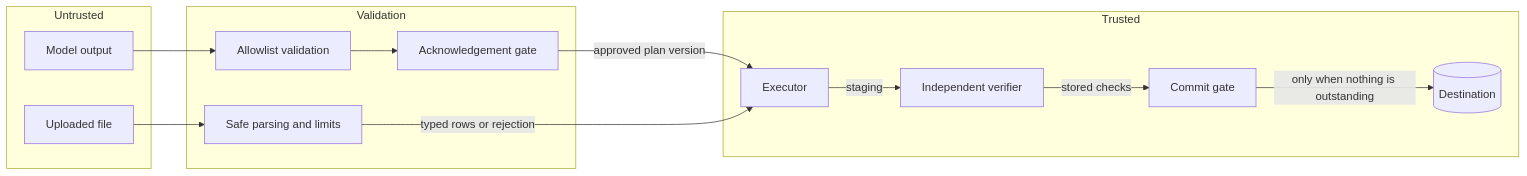
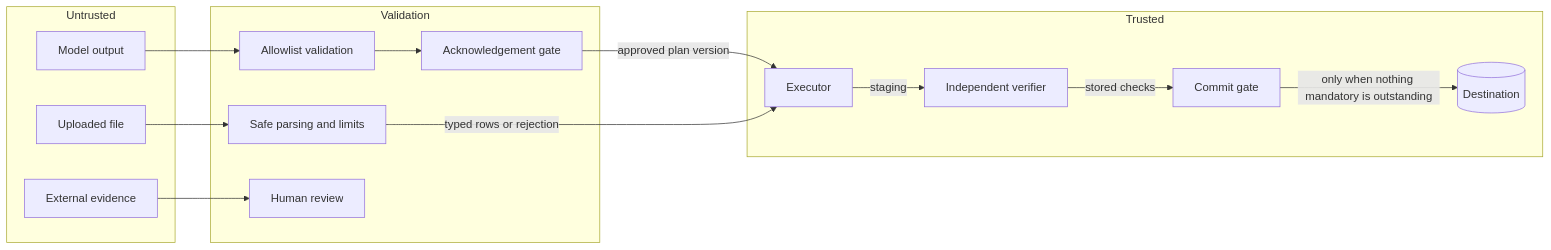
One commit to wiqilee/Moveproof changed the second of 5 diagrams in README.md. Above: the diagram before and after it, drawn with Mermaid. The commit also changed other lines of this file and 19 other files, not shown here.

Commit message:
Add Tavily external evidence checks

````diff
--- a/README.md
+++ b/README.md
@@ -353,29 +382,32 @@
 ```mermaid
 flowchart LR
     subgraph Untrusted
         M["Model output"]
         F["Uploaded file"]
+        X["External evidence"]
     end
 
     subgraph Validation
         V["Allowlist validation"]
         A["Acknowledgement gate"]
         P["Safe parsing and limits"]
+        H["Human review"]
     end
 
     subgraph Trusted
         E["Executor"]
         VER["Independent verifier"]
         G["Commit gate"]
         DBW[("Destination")]
     end
 
     M --> V
     F --> P
+    X --> H
     V --> A
     A -->|approved plan version| E
     P -->|typed rows or rejection| E
     E -->|staging| VER
     VER -->|stored checks| G
-    G -->|only when nothing is outstanding| DBW
+    G -->|only when nothing mandatory is outstanding| DBW
 ```
````
